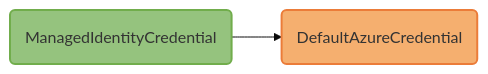
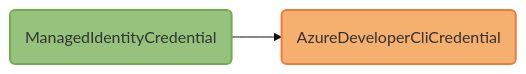
Before and after one commit to MicrosoftDocs/azure-dev-docs: the diagram in articles/javascript/ai/includes/get-started-securing-your-ai-app/chained-credential-quickstart-mermaid.md, drawn with Mermaid. The commit also changed 2 other files, not shown here.

Commit message:
Remove DAC, use AZD credential

````diff
--- a/articles/javascript/ai/includes/get-started-securing-your-ai-app/chained-credential-quickstart-mermaid.md
+++ b/articles/javascript/ai/includes/get-started-securing-your-ai-app/chained-credential-quickstart-mermaid.md
@@ -6,25 +6,25 @@
 ```mermaid
 %% STEPS TO GENERATE IMAGE
 %% =======================
 %% 1. Install mermaid CLI v10.9.1 (see https://github.com/mermaid-js/mermaid-cli/blob/master/README.md):
 %%    npm i -g @mermaid-js/mermaid-cli@10.9.1
-%% 2. Run command: mmdc -i chain-sequence.md -o ../../media/mermaidjs/chain-sequence.svg
+%% 2. Run command: mmdc -i chained-credential-quickstart-mermaid.md -o chained-token-credential.svg
 
 %%{
   init: {
     'theme': 'base',
     'themeVariables': {
       'tertiaryBorderColor': '#fff',
       'tertiaryColor': '#fff'
     }
   }
 }%%
 
 
 flowchart LR;
-    C(ManagedIdentityCredential):::deployed --> G(DefaultAzureCredential):::developer;
+    C(ManagedIdentityCredential):::deployed --> G(AzureDeveloperCliCredential):::developer;
 
     %% Define styles for credential type boxes
     classDef deployed fill:#95C37E, stroke:#71AD4C, stroke-width:2px;
     classDef developer fill:#F5AF6F, stroke:#EB7C39, stroke-width:2px;
 ```
````
